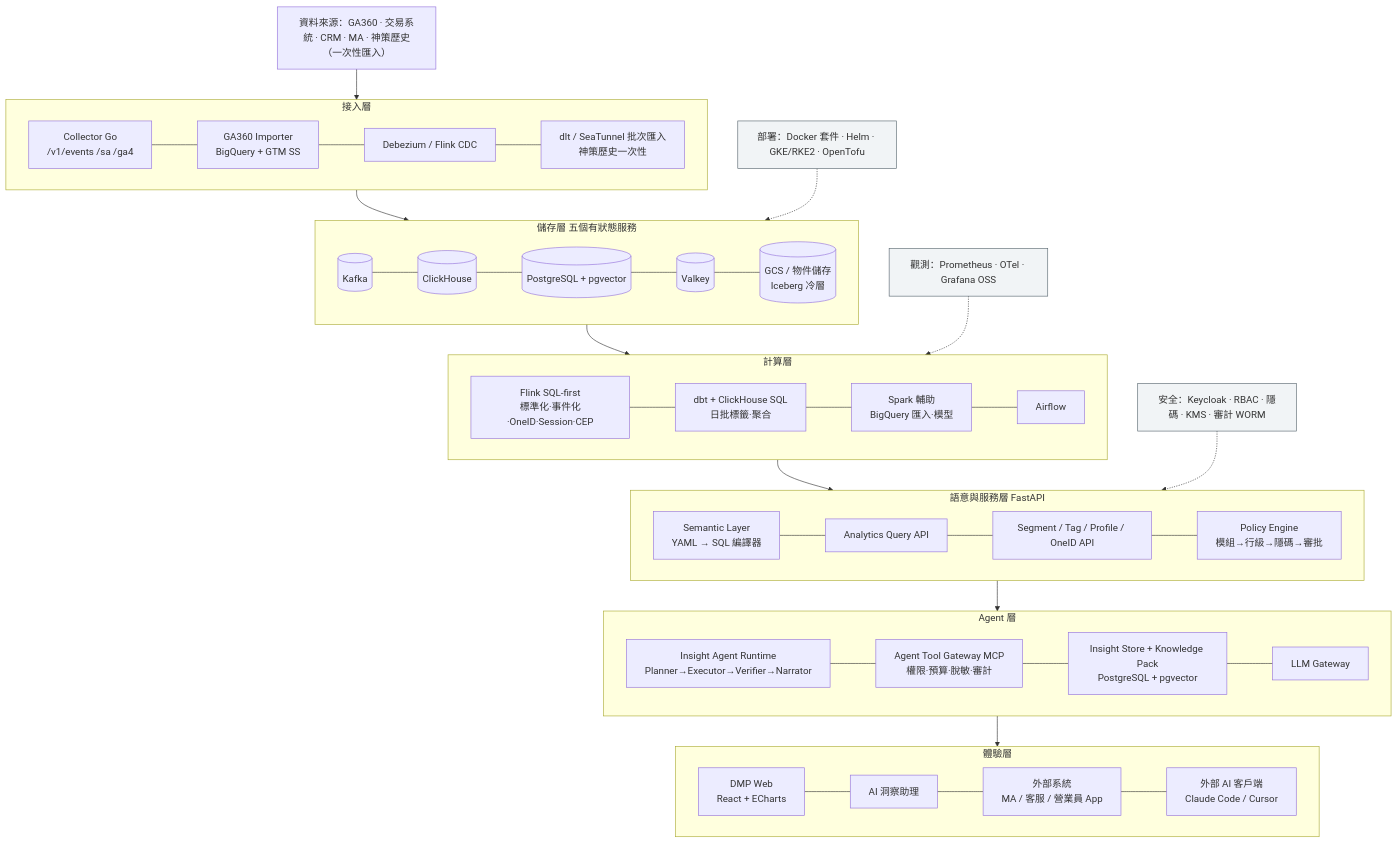
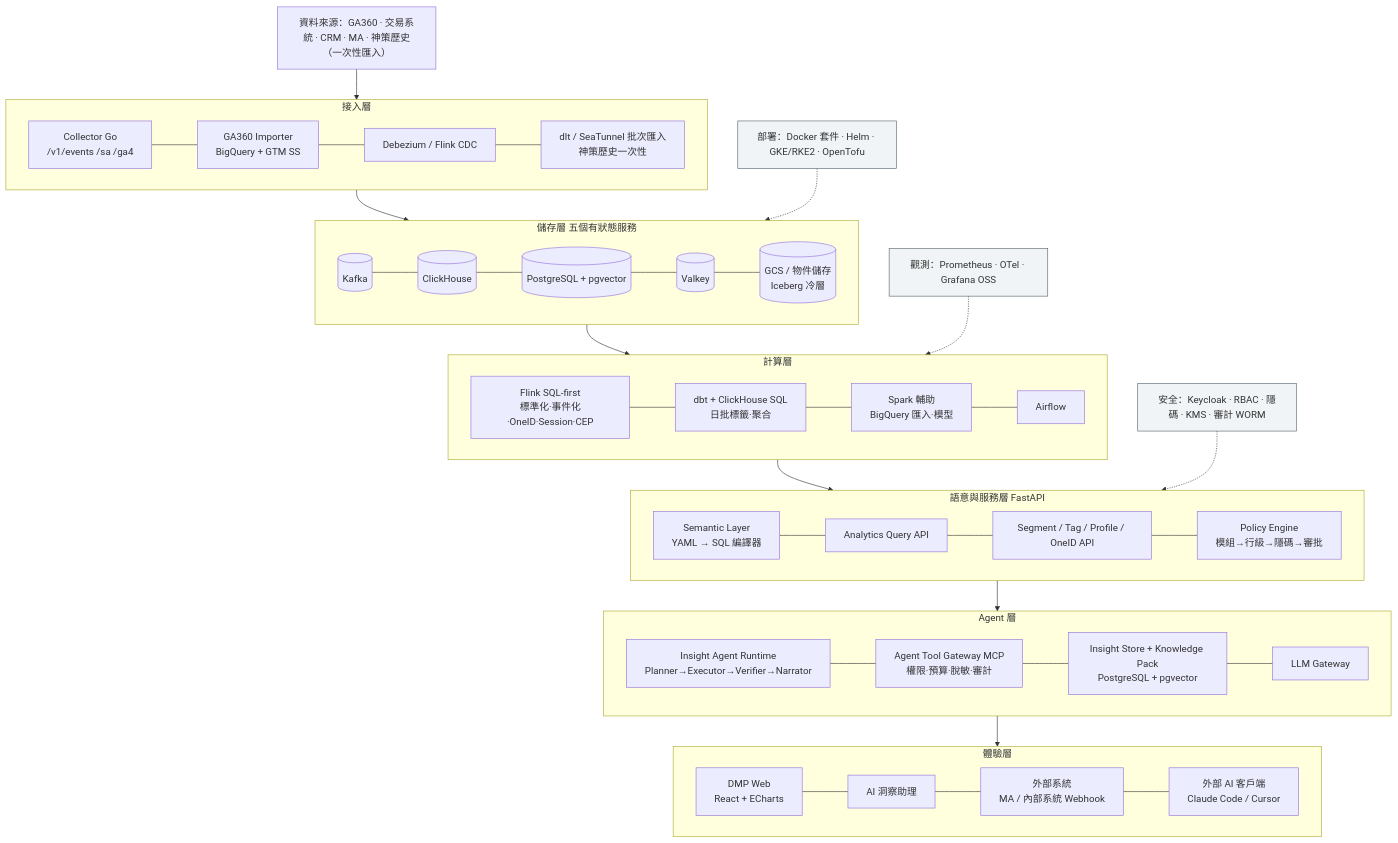
Before and after one commit to ALTA-TECH2025/altatech-dmp: the first of 3 diagrams in docs/12-architecture-diagrams.md, drawn with Mermaid. The commit also changed other lines of this file and 28 other files, not shown here.

````diff
--- a/docs/12-architecture-diagrams.md
+++ b/docs/12-architecture-diagrams.md
@@ -38,26 +38,26 @@
 ```mermaid
 flowchart TB
   subgraph EXP[體驗層]
-    WEB[DMP Web<br/>React + ECharts] --- AIUI[AI 洞察助理] --- EXT[外部系統<br/>MA / 客服 / 營業員 App] --- MCPC[外部 AI 客戶端<br/>Claude Code / Cursor]
+    WEB[DMP Web<br/>React + ECharts] --- AIUI[AI 洞察助理] --- EXT[外部系統<br/>MA / 內部系統 Webhook] --- MCPC[外部 AI 客戶端<br/>Claude Code / Cursor]
   end
   subgraph AGENT[Agent 層]
     RT[Insight Agent Runtime<br/>Planner→Executor→Verifier→Narrator] --- GW[Agent Tool Gateway MCP<br/>權限·預算·脫敏·審計] --- IS[Insight Store + Knowledge Pack<br/>PostgreSQL + pgvector] --- LLM[LLM Gateway]
   end
   subgraph SVC[語意與服務層 FastAPI]
     SEM[Semantic Layer<br/>YAML → SQL 編譯器] --- AQ[Analytics Query API] --- SG[Segment / Tag / Profile / OneID API] --- PE[Policy Engine<br/>模組→行級→隱碼→審批]
   end
   subgraph CMP[計算層]
     FL[Flink SQL-first<br/>標準化·事件化·OneID·Session·CEP] --- DBT[dbt + ClickHouse SQL<br/>日批標籤·聚合] --- SP[Spark 輔助<br/>BigQuery 匯入·模型] --- AF[Airflow]
   end
   subgraph STO[儲存層 五個有狀態服務]
     KF[(Kafka)] --- CH[(ClickHouse)] --- PG[(PostgreSQL + pgvector)] --- VK[(Valkey)] --- OBJ[(GCS / 物件儲存<br/>Iceberg 冷層)]
   end
   subgraph ING[接入層]
     COL[Collector Go<br/>/v1/events /sa /ga4] --- GA[GA360 Importer<br/>BigQuery + GTM SS] --- CDC[Debezium / Flink CDC] --- BAT[dlt / SeaTunnel 批次匯入<br/>神策歷史一次性]
   end
   SRC[資料來源：GA360 · 交易系統 · CRM · MA · 神策歷史（一次性匯入）] --> ING --> STO --> CMP --> SVC --> AGENT --> EXP
   SEC[安全：Keycloak · RBAC · 隱碼 · KMS · 審計 WORM]:::x -.-> SVC
   OBS[觀測：Prometheus · OTel · Grafana OSS]:::x -.-> CMP
   DEP[部署：Docker 套件 · Helm · GKE/RKE2 · OpenTofu]:::x -.-> STO
   classDef x fill:#F1F4F6,stroke:#56646D
 ```
````
